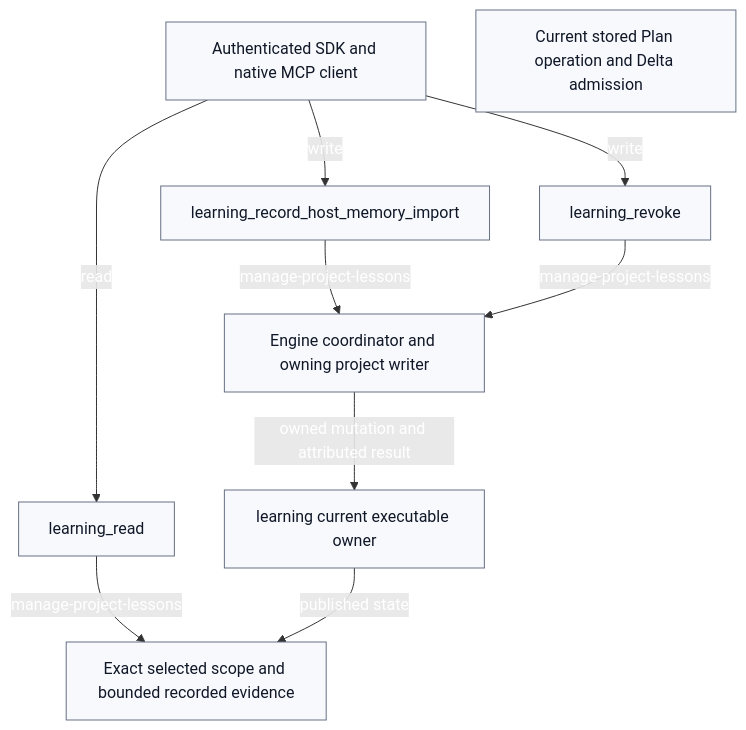
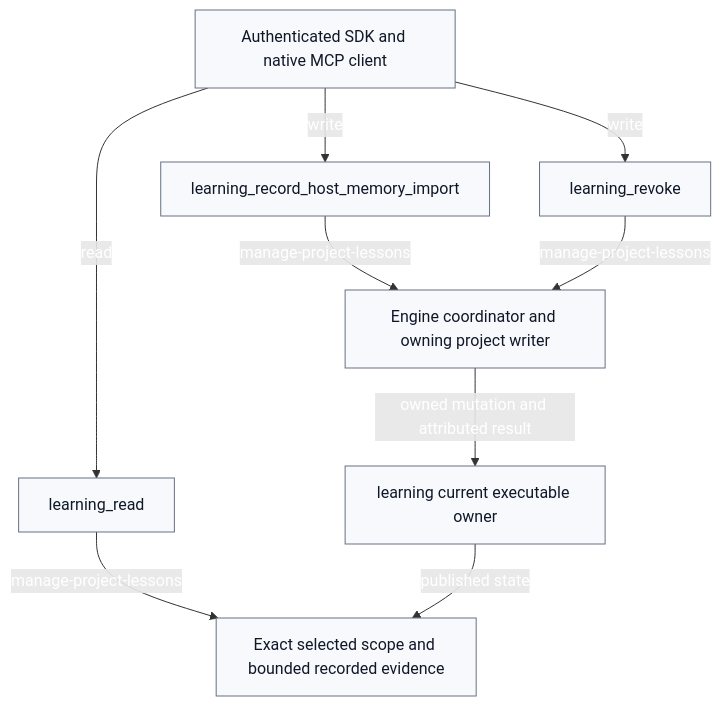
Before and after one commit to rathee000001/evidence_lane_plugin: the diagram in plugins/evidence-lane-plugin/authorities/agent_learning/workflow.mmd, drawn with Mermaid. The commit also changed 597 other files, not shown here.

```diff
--- a/plugins/evidence-lane-plugin/authorities/agent_learning/workflow.mmd
+++ b/plugins/evidence-lane-plugin/authorities/agent_learning/workflow.mmd
@@ -1,33 +1,32 @@
 flowchart TB
 %% EVIDENCE_LANE_GRAPH_ENGINE=LANGGRAPH_STATEGRAPH
 %% LANGGRAPH_VERSION=1.2.11
-%% LANGGRAPH_EXPORT_SHA256=A41E7F7F24F0E64D7F0105CD3EAFACDCD261B1C8945EB180905BE2B4C1F83854
+%% LANGGRAPH_EXPORT_SHA256=D2700FA84F56899ED97AD307B75C001BDFC2815C1D0B5D6D64DDBB7B4D1AA2BA
 %% EVIDENCE_LANE_LAYOUT=BALANCED_TWO_DIMENSIONAL_FANOUT_V1
 %% EVIDENCE_LANE_LAYOUT_CONSTRAINT_COUNT=0
   classDef root fill:#101828,stroke:#101828,color:#fff,stroke-width:2px;
   classDef source fill:#edf5ff,stroke:#125cdd,color:#101828;
   classDef semantic fill:#f0ebff,stroke:#7147c7,color:#101828;
   classDef retrieval fill:#eaf8f1,stroke:#24805c,color:#101828;
   classDef git fill:#fff7e7,stroke:#c88722,color:#101828;
   classDef lifecycle fill:#fff1f0,stroke:#ba4236,color:#101828;
   classDef output fill:#f7f9fc,stroke:#667085,color:#101828;
   classDef warn fill:#fff7e7,stroke:#c88722,color:#101828;
   classDef table fill:#f0ebff,stroke:#7147c7,color:#101828;
   classDef column fill:#f7f9fc,stroke:#667085,color:#101828;
   classDef default fill:#f7f9fc,stroke:#667085,color:#101828;
   sdk["Authenticated SDK and native MCP client"]:::default
   read["Exact selected scope and bounded recorded evidence"]:::default
+  owner["learning current executable owner"]:::default
   writer["Engine coordinator and owning project writer"]:::default
-  delta["Current stored Plan operation and Delta admission"]:::default
-  owner["learning current executable owner"]:::default
   action_learning_read["learning_read"]:::default
   action_learning_record_host_memory_import["learning_record_host_memory_import"]:::default
   action_learning_revoke["learning_revoke"]:::default
   sdk -->|"read"| action_learning_read
   action_learning_read -->|"manage-project-lessons"| read
   sdk -->|"write"| action_learning_record_host_memory_import
   action_learning_record_host_memory_import -->|"manage-project-lessons"| writer
   sdk -->|"write"| action_learning_revoke
   action_learning_revoke -->|"manage-project-lessons"| writer
   writer -->|"owned mutation and attributed result"| owner
   owner -->|"published state"| read
```
